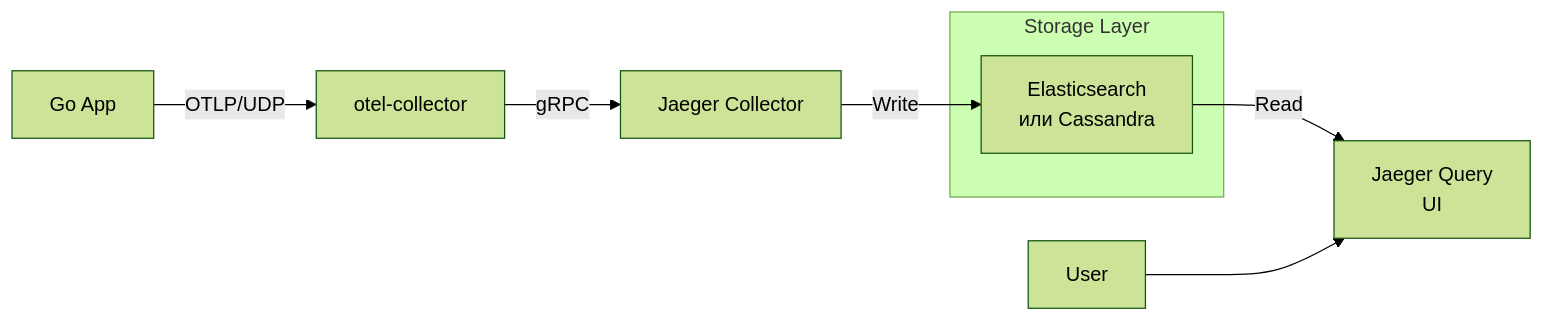
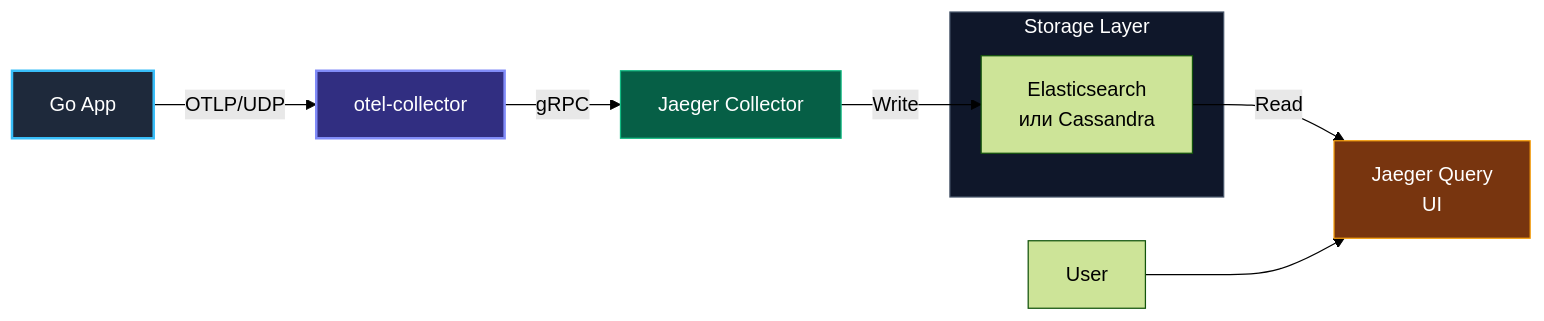
Before and after one commit to UnrealTemplier/go-textbook: the diagram in sources/18. Observability (Мониторинг и наблюдаемость)/04. Трейсинг/5. Jaeger и альтернативы.md, drawn with Mermaid (forest theme). The commit also changed other lines of this file, not shown here.

````diff
--- a/sources/18. Observability (Мониторинг и наблюдаемость)/04. Трейсинг/5. Jaeger и альтернативы.md
+++ b/sources/18. Observability (Мониторинг и наблюдаемость)/04. Трейсинг/5. Jaeger и альтернативы.md
@@ -15,13 +31,19 @@
 ```mermaid
 flowchart LR
     A["Go App"] -->|"OTLP/UDP"| B["otel-collector"]
     B -->|"gRPC"| C["Jaeger Collector"]
     
     subgraph Storage ["Storage Layer"]
         D["Elasticsearch<br>или Cassandra"]
     end
     
     C -->|"Write"| D
     D -->|"Read"| E["Jaeger Query<br>UI"]
     F["User"] --> E
+
+    style A fill:#1e293b,stroke:#38bdf8,stroke-width:2px,color:#fff
+    style B fill:#312e81,stroke:#818cf8,stroke-width:2px,color:#fff
+    style C fill:#065f46,stroke:#10b981,color:#fff
+    style Storage fill:#0f172a,stroke:#475569,color:#fff
+    style E fill:#78350f,stroke:#f59e0b,color:#fff
 ```
````
